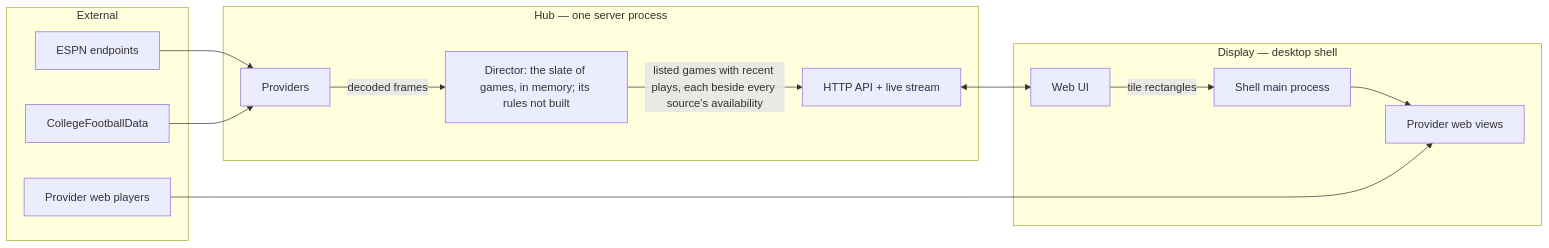
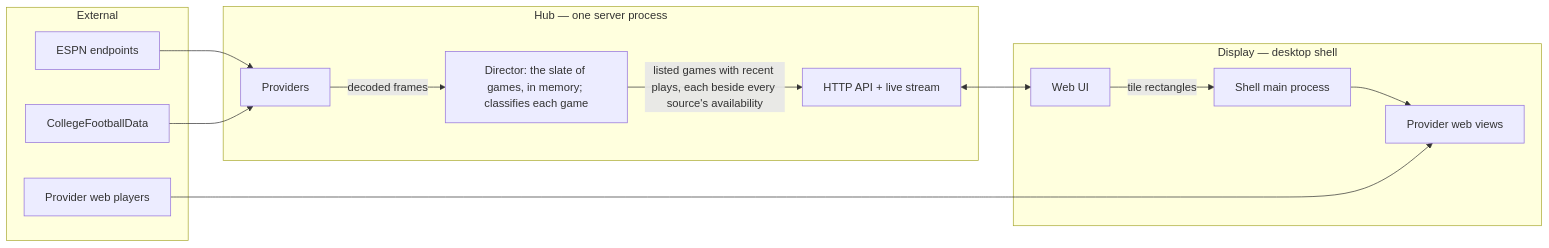
The diagram in docs/technical-spec.md (Chazzychouse/sportal), drawn with Mermaid before and after one commit. The commit also changed other lines of this file and 4 other files, not shown here.

````diff
--- a/docs/technical-spec.md
+++ b/docs/technical-spec.md
@@ -56,28 +56,28 @@
 ```mermaid
 flowchart LR
   subgraph ext[External]
     espn[ESPN endpoints]
     cfbd[CollegeFootballData]
     yttv[Provider web players]
   end
 
   subgraph hub[Hub — one server process]
     prov[Providers]
-    director[Director: the slate of games, in memory; its rules not built]
+    director[Director: the slate of games, in memory; classifies each game]
     api[HTTP API + live stream]
   end
 
   subgraph display[Display — desktop shell]
     ui1[Web UI]
     main[Shell main process]
     views[Provider web views]
   end
 
   espn --> prov
   cfbd --> prov
   prov -- decoded frames --> director
   director -- listed games with recent plays, each beside every source's availability --> api
   api <--> ui1
   ui1 -- tile rectangles --> main --> views
   yttv --> views
 ```
````
